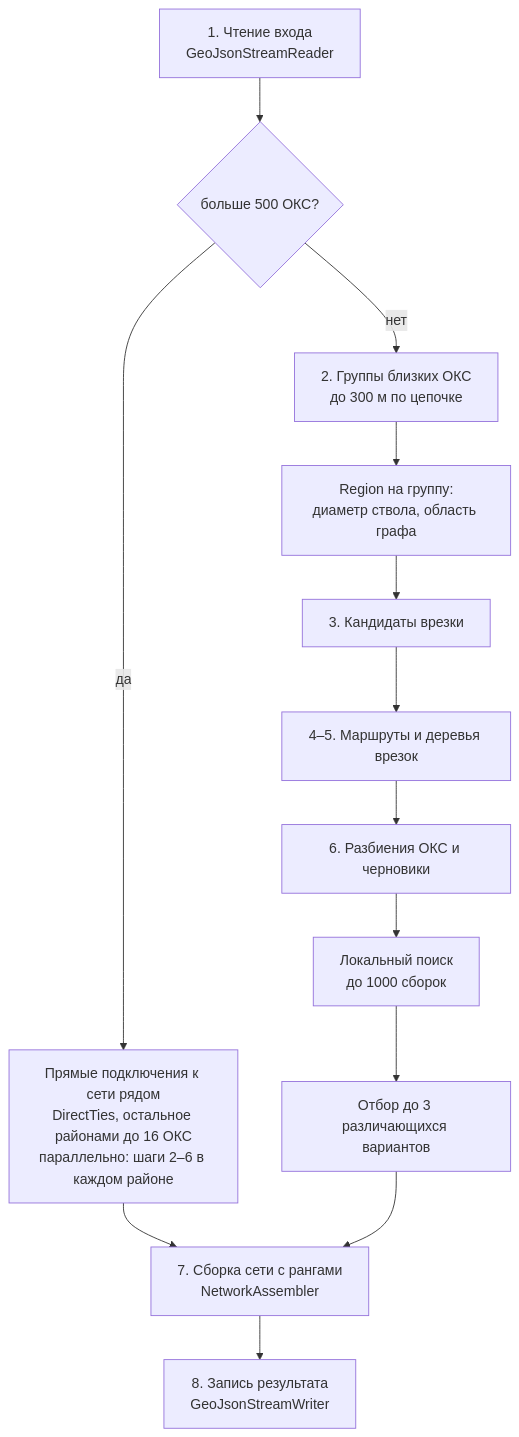
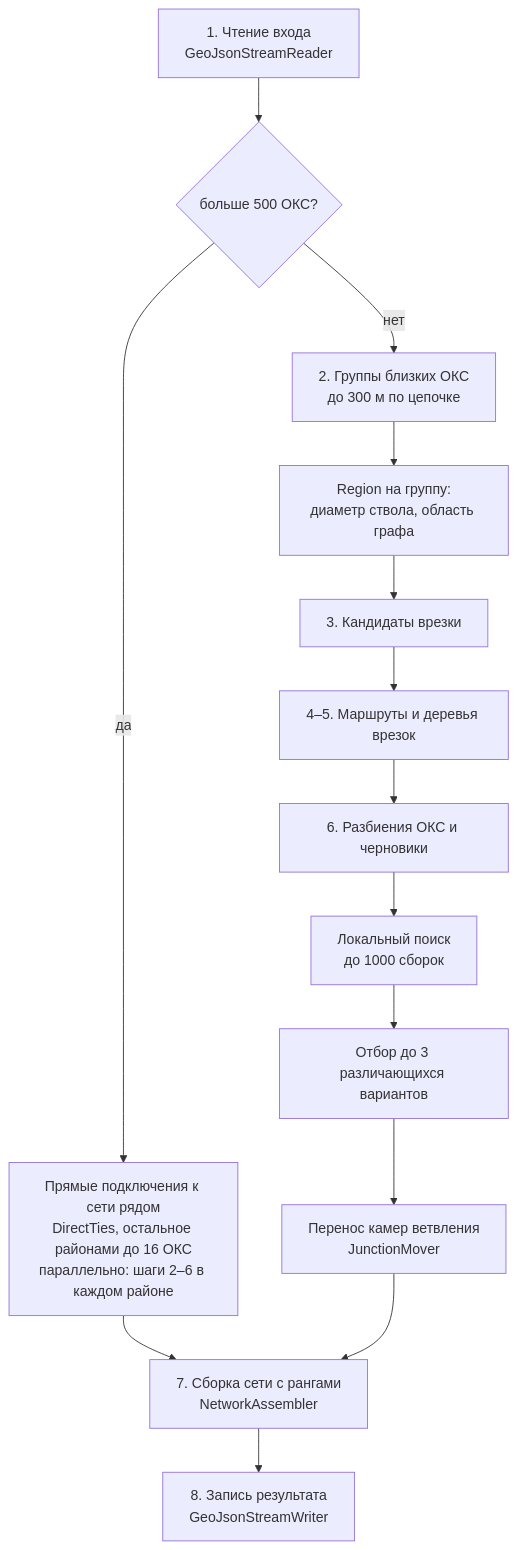
One commit to NewaccOOO/LCT changed the fourth of 6 diagrams in architecture/ARCHITECTURE.md. Above: the diagram before and after it, drawn with Mermaid. The commit also changed other lines of this file and 6 other files, not shown here.

Commit message:
Перенос камер ветвления в выбранных вариантах: датасет 13,058 вместо 13,230

````diff
--- a/architecture/ARCHITECTURE.md
+++ b/architecture/ARCHITECTURE.md
@@ -127,15 +127,16 @@
 ```mermaid
 flowchart TD
     read[1. Чтение входа<br/>GeoJsonStreamReader] --> big{больше 500 ОКС?}
     big -->|да| city[Прямые подключения к сети рядом<br/>DirectTies, остальное районами до 16 ОКС<br/>параллельно: шаги 2–6 в каждом районе]
     city --> assemble
     big -->|нет| groups[2. Группы близких ОКС<br/>до 300 м по цепочке]
     groups --> region[Region на группу:<br/>диаметр ствола, область графа]
     region --> ties[3. Кандидаты врезки]
     ties --> tree[4–5. Маршруты и деревья врезок]
     tree --> partitions[6. Разбиения ОКС и черновики]
     partitions --> search[Локальный поиск<br/>до 1000 сборок]
     search --> pick[Отбор до 3 различающихся вариантов]
-    pick --> assemble[7. Сборка сети с рангами<br/>NetworkAssembler]
+    pick --> relay[Перенос камер ветвления<br/>JunctionMover]
+    relay --> assemble[7. Сборка сети с рангами<br/>NetworkAssembler]
     assemble --> write[8. Запись результата<br/>GeoJsonStreamWriter]
 ```
````
